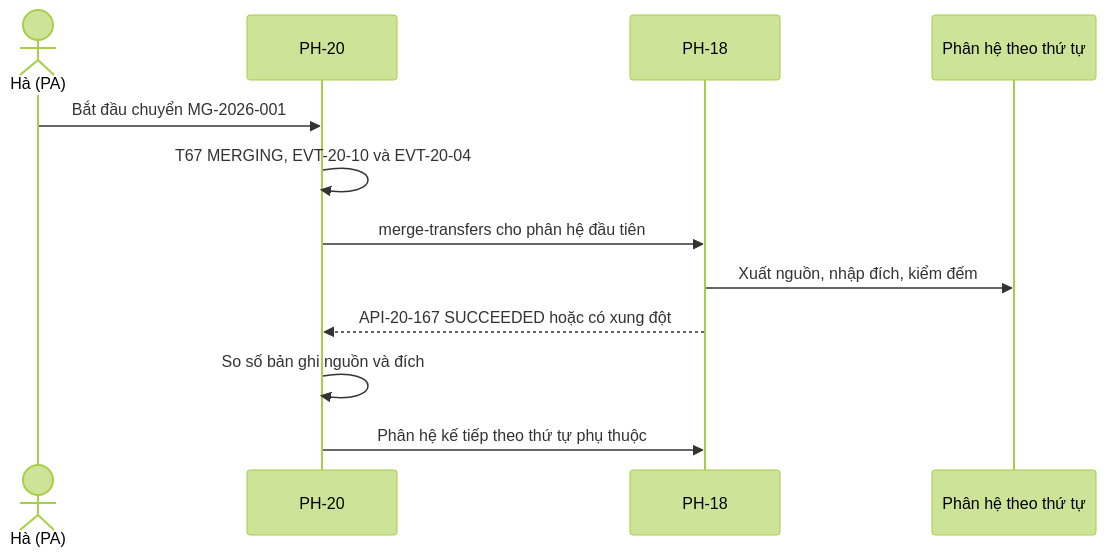
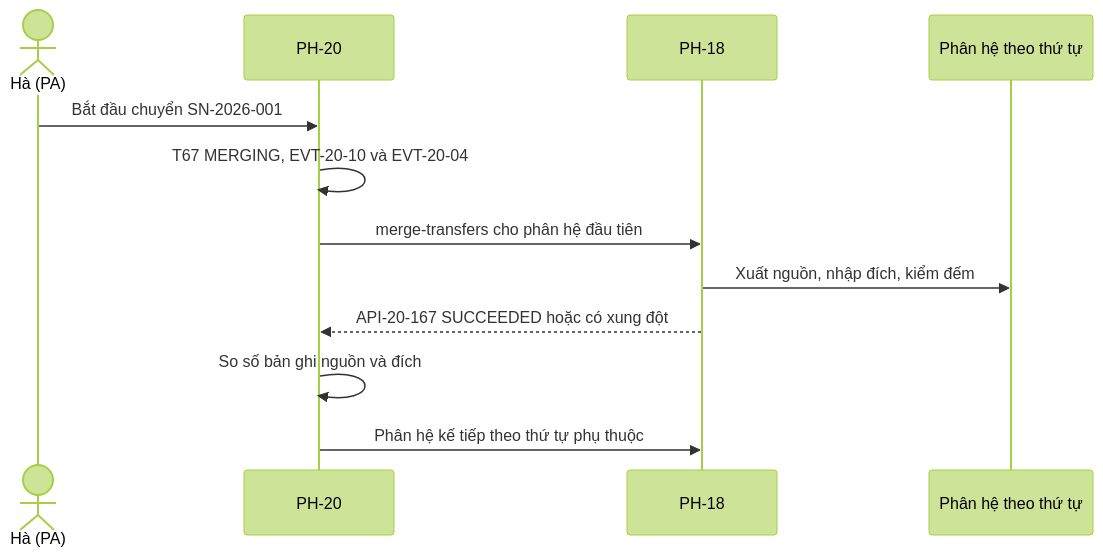
One commit to caprocute/DATAHUB changed diagram 16 of 19 in datahub-docs/02-yeu-cau/use-case/D02-04-PH20-use-case-quan-tri-tenant.md. Above: the diagram before and after it, drawn with Mermaid (forest theme). The commit also changed other lines of this file and 36 other files, not shown here.

````diff
--- a/datahub-docs/02-yeu-cau/use-case/D02-04-PH20-use-case-quan-tri-tenant.md
+++ b/datahub-docs/02-yeu-cau/use-case/D02-04-PH20-use-case-quan-tri-tenant.md
@@ -1863,14 +1863,14 @@
 ```{.mermaid caption="Trình tự điều phối chuyển dữ liệu sáp nhập"}
 sequenceDiagram
   actor Ha as Hà (PA)
   participant K as PH-20
   participant O as PH-18
   participant M as Phân hệ theo thứ tự
-  Ha->>K: Bắt đầu chuyển MG-2026-001
+  Ha->>K: Bắt đầu chuyển SN-2026-001
   K->>K: T67 MERGING, EVT-20-10 và EVT-20-04
   K->>O: merge-transfers cho phân hệ đầu tiên
   O->>M: Xuất nguồn, nhập đích, kiểm đếm
   O-->>K: API-20-167 SUCCEEDED hoặc có xung đột
   K->>K: So số bản ghi nguồn và đích
   K->>O: Phân hệ kế tiếp theo thứ tự phụ thuộc
 ```
````
